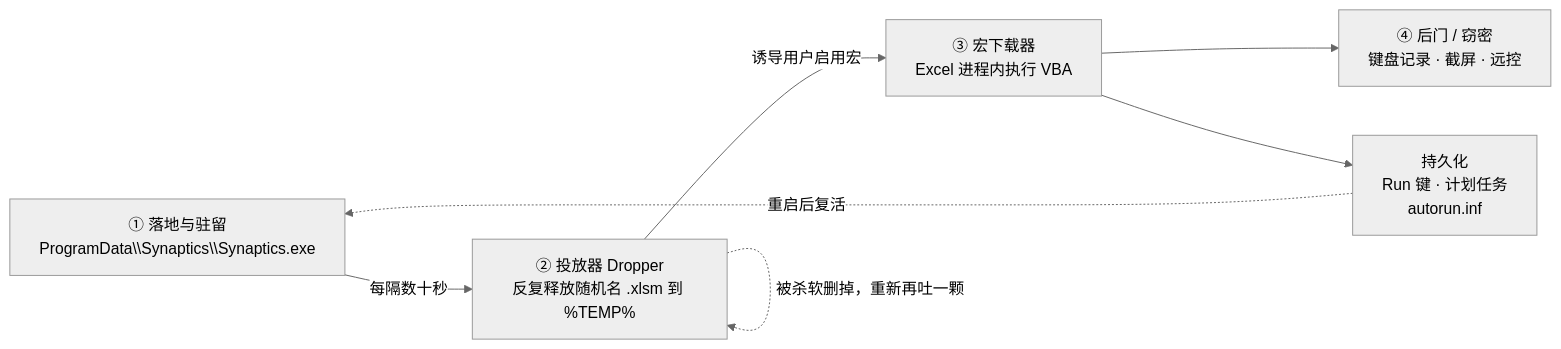
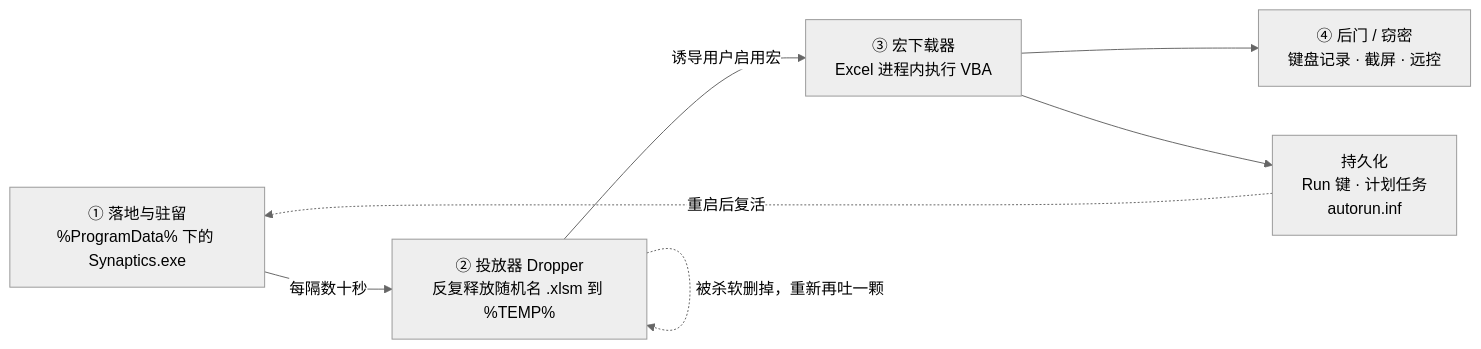
Before and after one commit to GZXchina/OMacro-Downloader-Advisory: the diagram in README.md, drawn with Mermaid (neutral theme).

Commit message:
fix(mermaid): 攻击链图中避免反斜杠被解析为转义符

````diff
--- a/README.md
+++ b/README.md
@@ -101,15 +101,15 @@
 ```mermaid
 flowchart LR
-    A["① 落地与驻留<br/>ProgramData\\Synaptics\\Synaptics.exe"]
+    A["① 落地与驻留<br/>%ProgramData% 下的 Synaptics.exe"]
     B["② 投放器 Dropper<br/>反复释放随机名 .xlsm 到 %TEMP%"]
     C["③ 宏下载器<br/>Excel 进程内执行 VBA"]
     D["④ 后门 / 窃密<br/>键盘记录 · 截屏 · 远控"]
     P["持久化<br/>Run 键 · 计划任务<br/>autorun.inf"]
 
     A -->|"每隔数十秒"| B
     B -->|"诱导用户启用宏"| C
     C --> D
     C --> P
     P -.->|"重启后复活"| A
     B -.->|"被杀软删掉，重新再吐一颗"| B
 ```
````
